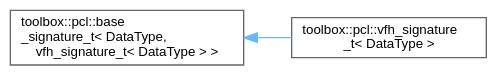
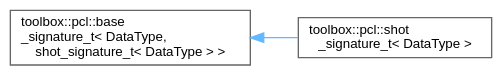
One commit to nerdneilsfield/cpp-toolbox changed the diagram in inherit_graph_114.dot. Above: the diagram before and after it, drawn with Graphviz. The commit also changed 282 other files, not shown here.

```diff
--- a/inherit_graph_114.dot
+++ b/inherit_graph_114.dot
@@ -1,11 +1,11 @@
 digraph "Graphical Class Hierarchy"
 {
  // LATEX_PDF_SIZE
   bgcolor="transparent";
   edge [fontname=Helvetica,fontsize=10,labelfontname=Helvetica,labelfontsize=10];
   node [fontname=Helvetica,fontsize=10,shape=box,height=0.2,width=0.4];
   rankdir="LR";
-  Node0 [id="Node000000",label="toolbox::pcl::base\l_signature_t\< DataType,\l vfh_signature_t\< DataType \> \>",height=0.2,width=0.4,color="grey40", fillcolor="white", style="filled",URL="$structtoolbox_1_1pcl_1_1base__signature__t.html",tooltip=" "];
-  Node0 -> Node1 [id="edge104_Node000000_Node000001",dir="back",color="steelblue1",style="solid",tooltip=" "];
-  Node1 [id="Node000001",label="toolbox::pcl::vfh_signature\l_t\< DataType \>",height=0.2,width=0.4,color="grey40", fillcolor="white", style="filled",URL="$structtoolbox_1_1pcl_1_1vfh__signature__t.html",tooltip=" "];
+  Node0 [id="Node000000",label="toolbox::pcl::base\l_signature_t\< DataType,\l shot_signature_t\< DataType \> \>",height=0.2,width=0.4,color="grey40", fillcolor="white", style="filled",URL="$structtoolbox_1_1pcl_1_1base__signature__t.html",tooltip=" "];
+  Node0 -> Node1 [id="edge103_Node000000_Node000001",dir="back",color="steelblue1",style="solid",tooltip=" "];
+  Node1 [id="Node000001",label="toolbox::pcl::shot\l_signature_t\< DataType \>",height=0.2,width=0.4,color="grey40", fillcolor="white", style="filled",URL="$structtoolbox_1_1pcl_1_1shot__signature__t.html",tooltip="SHOT (Signature of Histograms of Orientations) signature."];
 }
```
